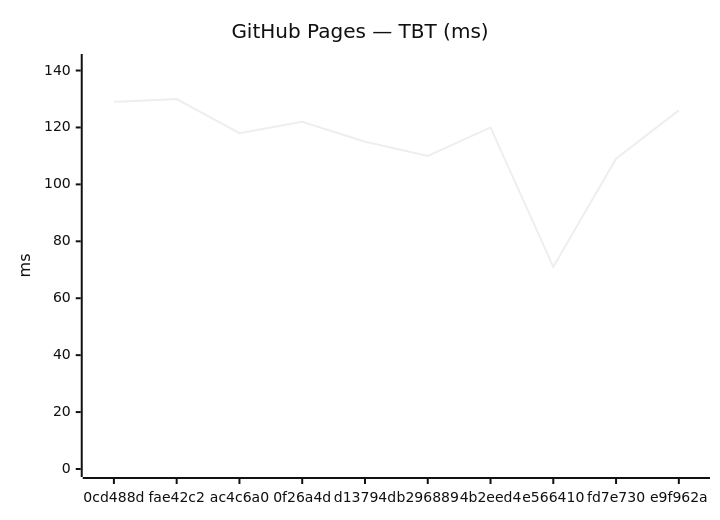
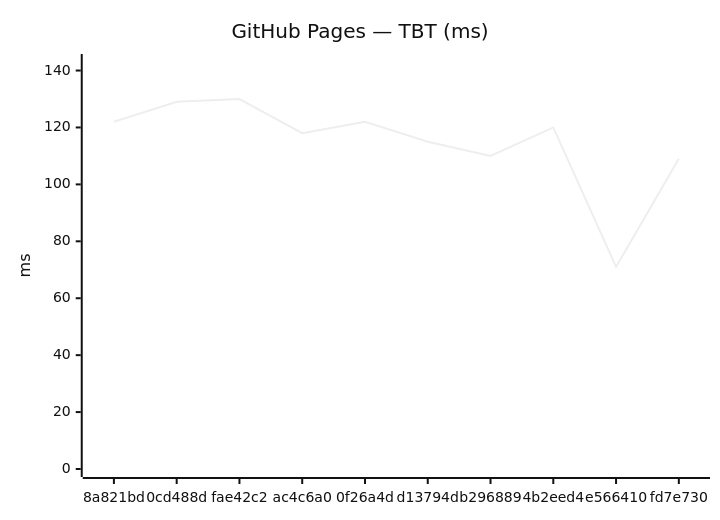
One commit to Metaheurist/Rianell changed the fourth of 18 diagrams in benchmarks/compare.md. Above: the diagram before and after it, drawn with Mermaid (neutral theme). The commit also changed other lines of this file and 11 other files, not shown here.

````diff
--- a/benchmarks/compare.md
+++ b/benchmarks/compare.md
@@ -61,7 +61,7 @@
 ```mermaid
 xychart-beta
     title "GitHub Pages — TBT (ms)"
-    x-axis ["0cd488d", "fae42c2", "ac4c6a0", "0f26a4d", "d13794d", "b296889", "4b2eed4", "e566410", "fd7e730", "e9f962a"]
+    x-axis ["8a821bd", "0cd488d", "fae42c2", "ac4c6a0", "0f26a4d", "d13794d", "b296889", "4b2eed4", "e566410", "fd7e730"]
     y-axis "ms" 0 --> 143
-    line [129, 130, 118, 122, 115, 110, 120, 71, 109, 126]
+    line [122, 129, 130, 118, 122, 115, 110, 120, 71, 109]
 ```
````
